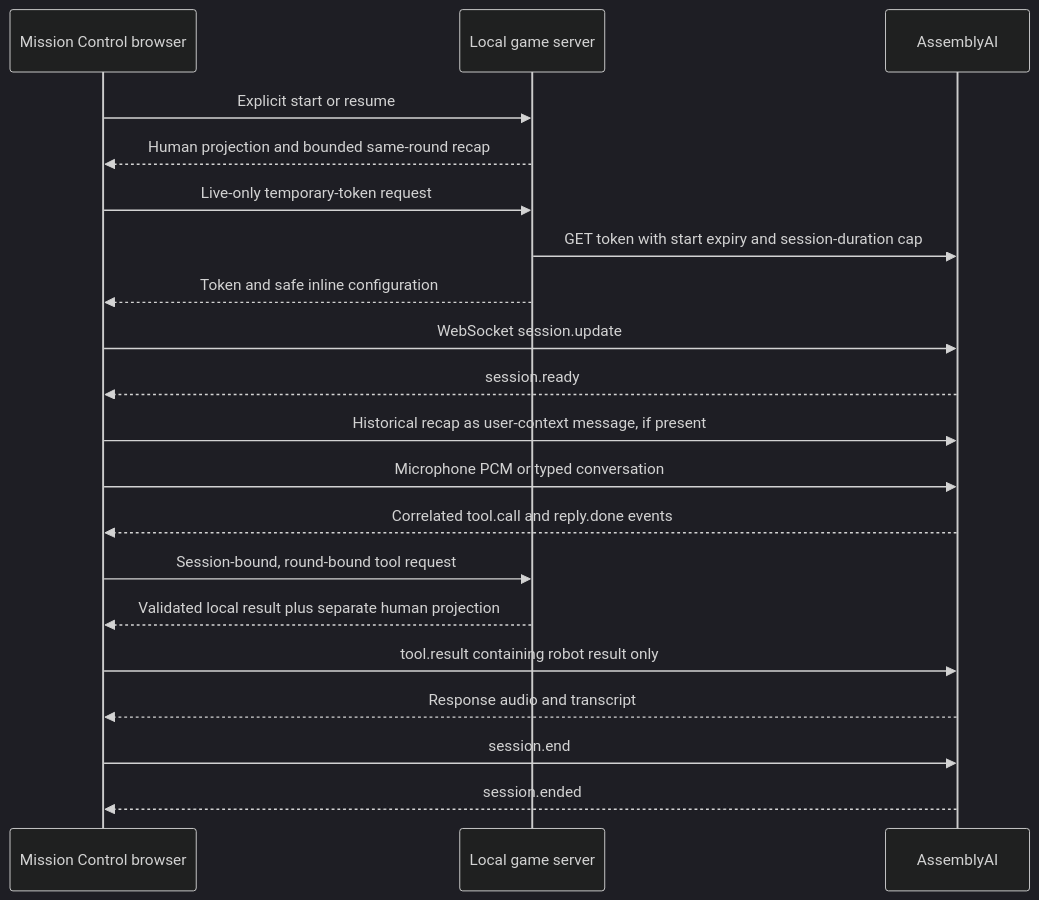
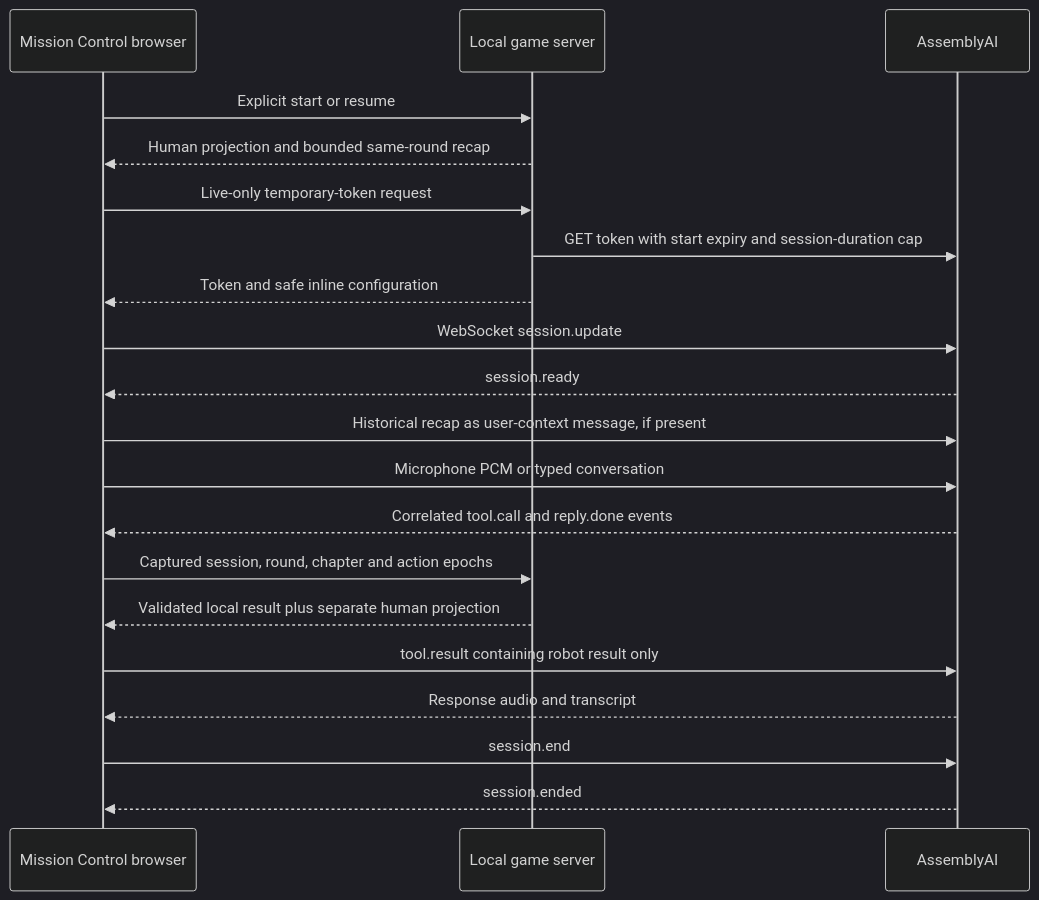
Before and after one commit to catlover-bot/talk-me-home: the diagram in docs/architecture.md, drawn with Mermaid (dark theme). The commit also changed other lines of this file and 27 other files, not shown here.

````diff
--- a/docs/architecture.md
+++ b/docs/architecture.md
@@ -61,22 +87,22 @@
 ```mermaid
 sequenceDiagram
   participant H as Mission Control browser
   participant G as Local game server
   participant A as AssemblyAI
   H->>G: Explicit start or resume
   G-->>H: Human projection and bounded same-round recap
   H->>G: Live-only temporary-token request
   G->>A: GET token with start expiry and session-duration cap
   G-->>H: Token and safe inline configuration
   H->>A: WebSocket session.update
   A-->>H: session.ready
   H->>A: Historical recap as user-context message, if present
   H->>A: Microphone PCM or typed conversation
   A-->>H: Correlated tool.call and reply.done events
-  H->>G: Session-bound, round-bound tool request
+  H->>G: Captured session, round, chapter and action epochs
   G-->>H: Validated local result plus separate human projection
   H->>A: tool.result containing robot result only
   A-->>H: Response audio and transcript
   H->>A: session.end
   A-->>H: session.ended
 ```
````
